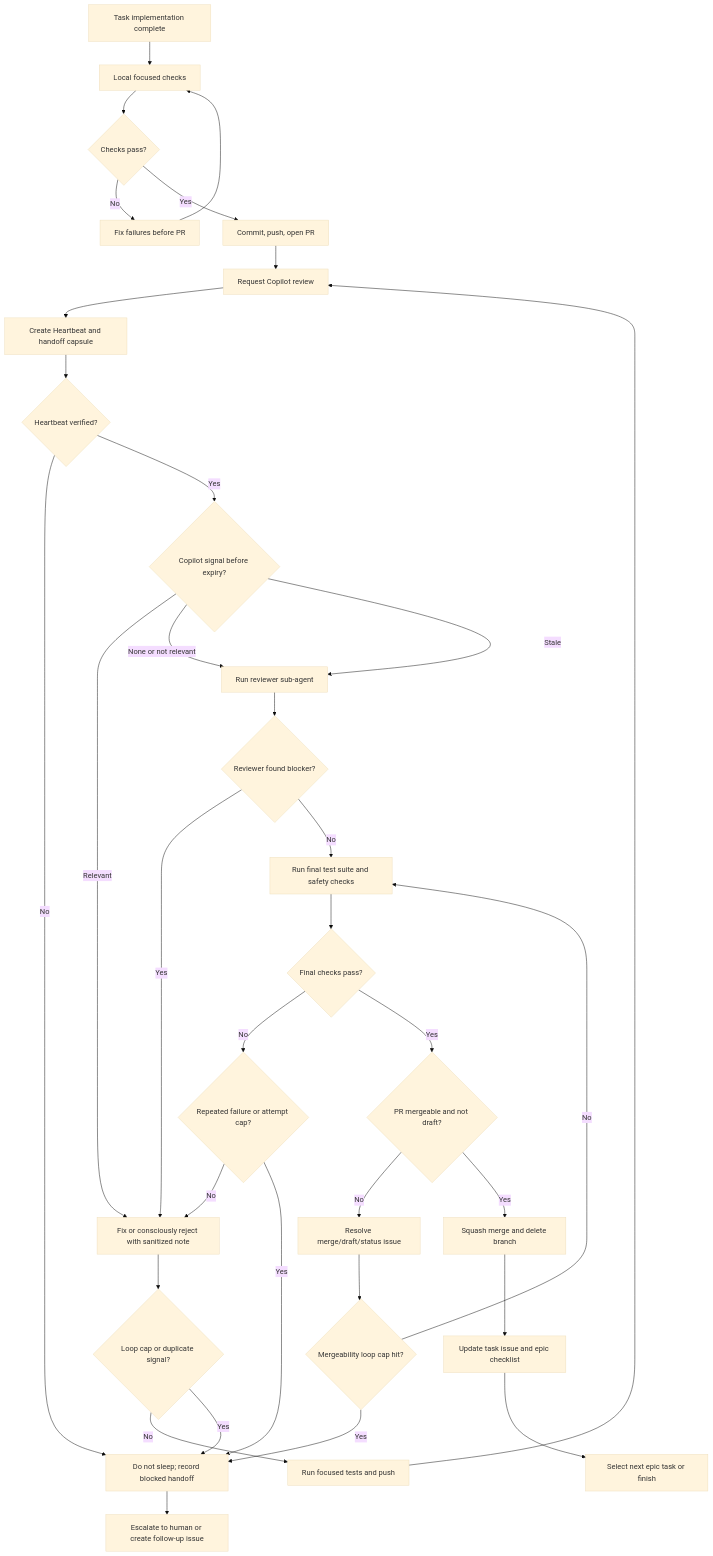
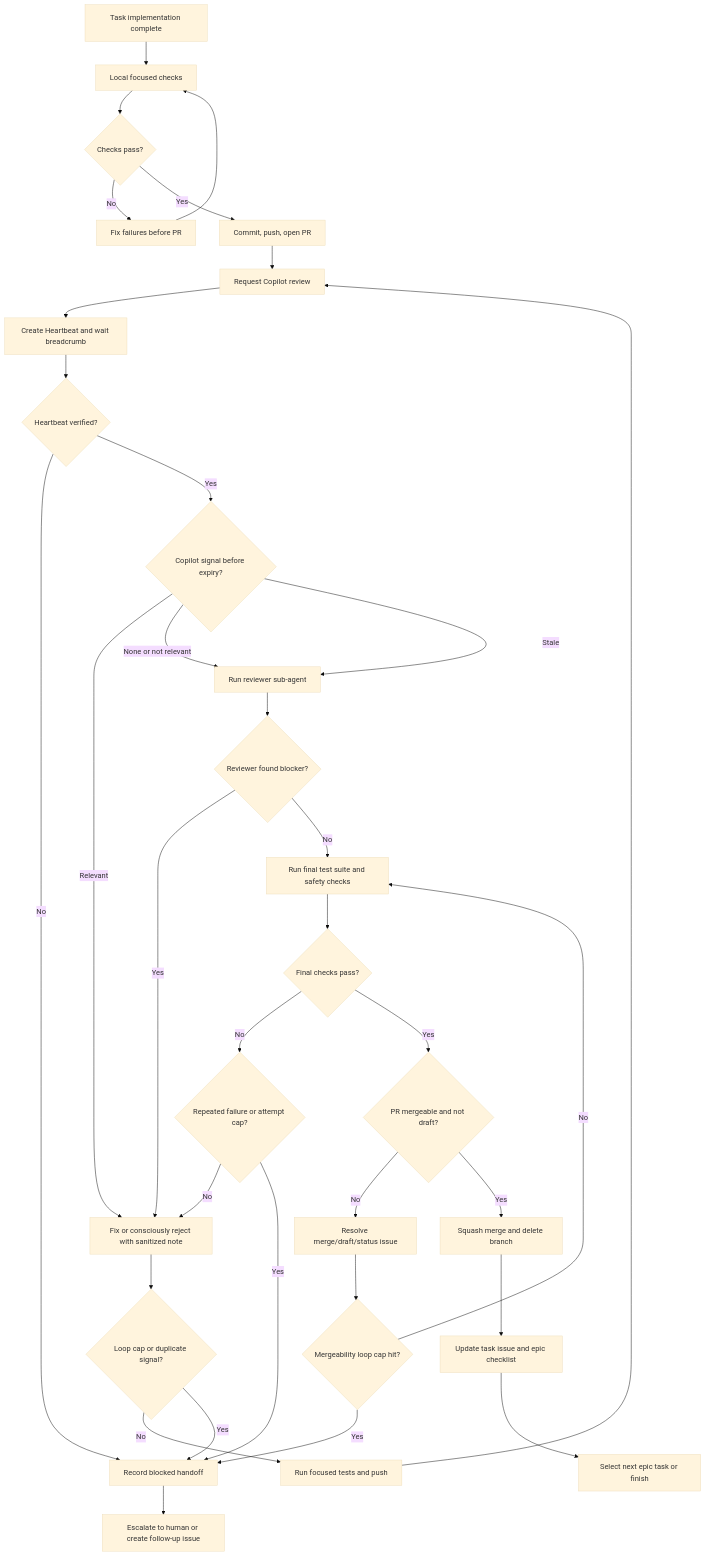
The third of 3 diagrams in AGENTS.dev-pipeline-contract.md (Turkevich91/Aigan), drawn with Mermaid (base theme) before and after one commit. The commit also changed other lines of this file and 1 other file, not shown here.

````diff
--- a/AGENTS.dev-pipeline-contract.md
+++ b/AGENTS.dev-pipeline-contract.md
@@ -104,36 +102,36 @@
 ```mermaid
 flowchart TD
     A["Task implementation complete"] --> B["Local focused checks"]
     B --> C{"Checks pass?"}
     C -- "No" --> D["Fix failures before PR"]
     D --> B
     C -- "Yes" --> E["Commit, push, open PR"]
     E --> F["Request Copilot review"]
-    F --> G["Create Heartbeat and handoff capsule"]
+    F --> G["Create Heartbeat and wait breadcrumb"]
     G --> G2{"Heartbeat verified?"}
-    G2 -- "No" --> X["Do not sleep; record blocked handoff"]
+    G2 -- "No" --> X["Record blocked handoff"]
     G2 -- "Yes" --> H{"Copilot signal before expiry?"}
     H -- "Relevant" --> I["Fix or consciously reject with sanitized note"]
     I --> J{"Loop cap or duplicate signal?"}
     J -- "No" --> J2["Run focused tests and push"]
     J2 --> F
     J -- "Yes" --> X
     H -- "None or not relevant" --> K["Run reviewer sub-agent"]
     H -- "Stale" --> K
     K --> L{"Reviewer found blocker?"}
     L -- "Yes" --> I
     L -- "No" --> M["Run final test suite and safety checks"]
     M --> M1{"Final checks pass?"}
     M1 -- "No" --> M2{"Repeated failure or attempt cap?"}
     M2 -- "No" --> I
     M2 -- "Yes" --> X
     M1 -- "Yes" --> N{"PR mergeable and not draft?"}
     N -- "No" --> O["Resolve merge/draft/status issue"]
     O --> O2{"Mergeability loop cap hit?"}
     O2 -- "No" --> M
     O2 -- "Yes" --> X
     N -- "Yes" --> P["Squash merge and delete branch"]
     P --> Q["Update task issue and epic checklist"]
     Q --> R["Select next epic task or finish"]
     X --> Y["Escalate to human or create follow-up issue"]
 ```
````
